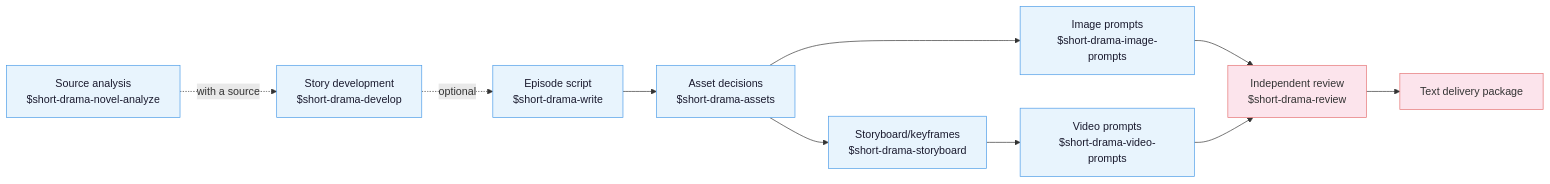
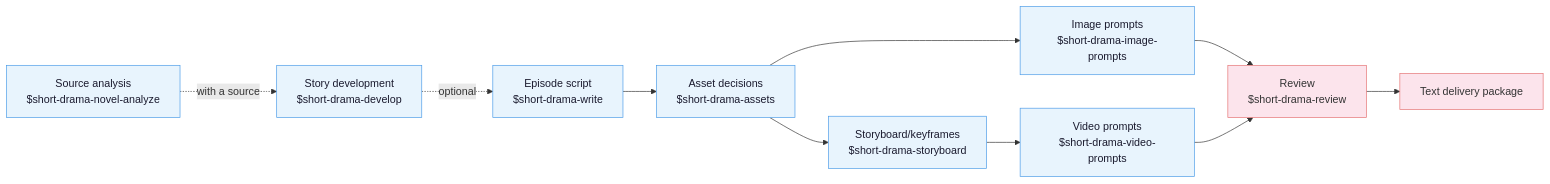
One commit to fxbin/drama-skills changed the diagram in README_EN.md. Above: the diagram before and after it, drawn with Mermaid. The commit also changed other lines of this file and 42 other files, not shown here.

````diff
--- a/README_EN.md
+++ b/README_EN.md
@@ -109,22 +109,22 @@
 ```mermaid
 flowchart LR
     classDef phase fill:#e8f4fd,color:#1a1a2e,stroke:#4a9be8,stroke-width:1px
     classDef final fill:#fce4ec,color:#333,stroke:#e57373,stroke-width:1px
 
     nva["Source analysis<br/>$short-drama-novel-analyze"]:::phase
     dev["Story development<br/>$short-drama-develop"]:::phase
     write["Episode script<br/>$short-drama-write"]:::phase
     assets["Asset decisions<br/>$short-drama-assets"]:::phase
     img["Image prompts<br/>$short-drama-image-prompts"]:::phase
     sb["Storyboard/keyframes<br/>$short-drama-storyboard"]:::phase
     vid["Video prompts<br/>$short-drama-video-prompts"]:::phase
-    rev["Independent review<br/>$short-drama-review"]:::final
+    rev["Review<br/>$short-drama-review"]:::final
     pkg["Text delivery package"]:::final
 
     nva -.with a source.-> dev
     dev -.optional.-> write --> assets
     assets --> img
     assets --> sb --> vid
     img --> rev
     vid --> rev --> pkg
 ```
````
